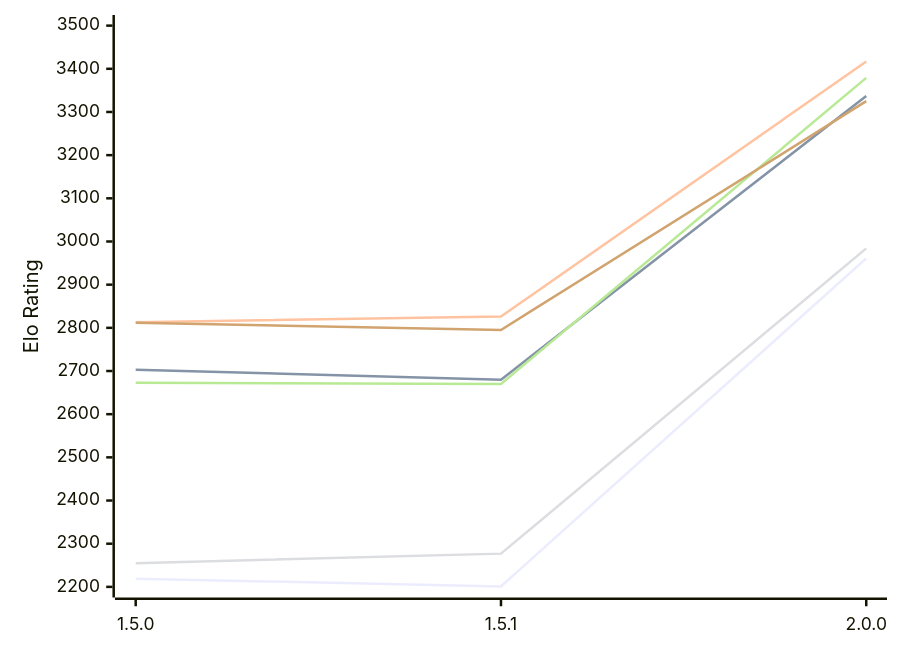
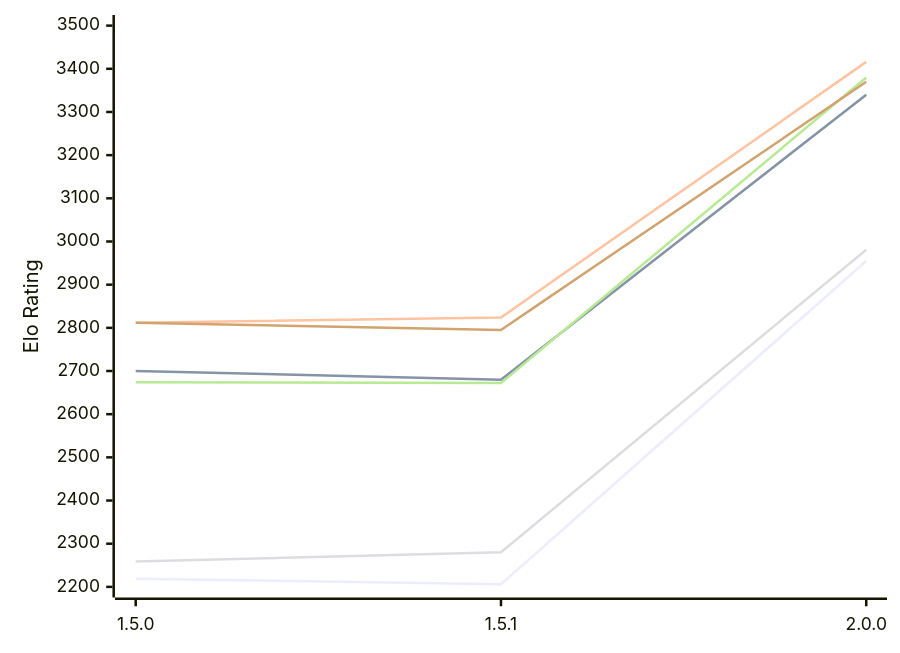
The first of 2 diagrams in engines/Coco.md (computer-chess-index/cci), drawn with Mermaid before and after one commit. The commit also changed other lines of this file, not shown here.

Commit message:
Update CCI Ratings (ELO VLTC) - 2026-11-28

````diff
--- a/engines/Coco.md
+++ b/engines/Coco.md
@@ -52,12 +52,12 @@
 ```mermaid
 %%{init: {"theme":"base","themeVariables":{"seriesColors:['#a3a3a3','#222221','#faa371']}}}%%
 xychart-beta
   x-axis ["1.5.0", "1.5.1", "2.0.0"]
   y-axis "Elo Rating" 2200 --> 3500
-  line "E1: STC (8.0+0.08s)" [2219, 2201, 2961]
-  line "E1: LTC (60.0+0.60s)" [2703, 2680, 3337]
-  line "E1: VLTC (2m24s+1.12s)" [2813, 2826, 3417]
-  line "P1: STC (8.0+0.08s)" [2255, 2277, 2984]
-  line "P1: LTC (60.0+0.60s)" [2673, 2670, 3379]
-  line "P1: VLTC (2m24s+1.12s)" [2812, 2795, 3325]
+  line "E1: STC (8.0+0.08s)" [2219, 2206, 2955]
+  line "E1: LTC (60.0+0.60s)" [2700, 2680, 3340]
+  line "E1: VLTC (2m24s+1.12s)" [2812, 2824, 3416]
+  line "P1: STC (8.0+0.08s)" [2259, 2280, 2981]
+  line "P1: LTC (60.0+0.60s)" [2674, 2672, 3380]
+  line "P1: VLTC (2m24s+1.12s)" [2812, 2795, 3370]
 ```
````
